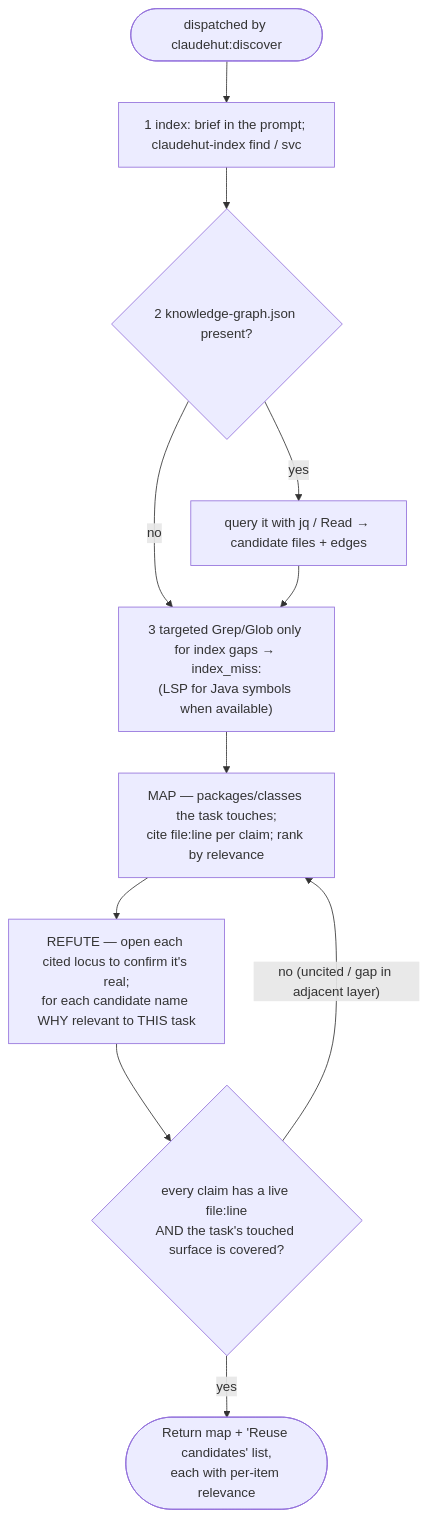
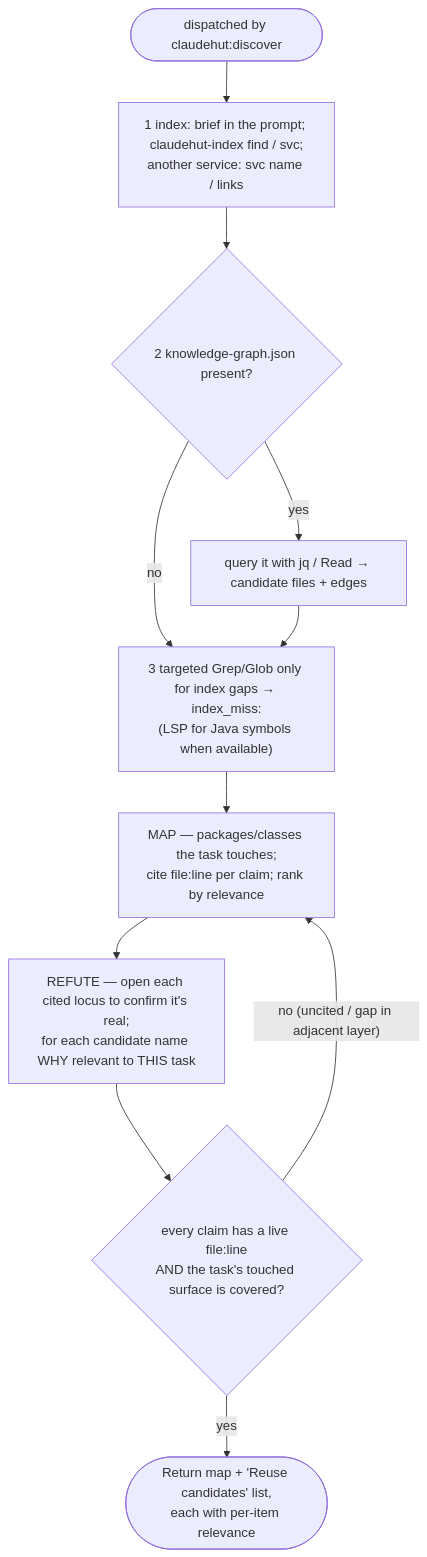
One commit to taipt1504/claudehut changed the diagram in agents/claudehut-explorer.md. Above: the diagram before and after it, drawn with Mermaid. The commit also changed other lines of this file and 50 other files, not shown here.

````diff
--- a/agents/claudehut-explorer.md
+++ b/agents/claudehut-explorer.md
@@ -16,13 +16,13 @@
 ```mermaid
 flowchart TB
-    a([dispatched by claudehut:discover]) --> idx["1 index: brief in the prompt; claudehut-index find / svc"]
+    a([dispatched by claudehut:discover]) --> idx["1 index: brief in the prompt; claudehut-index find / svc;<br/>another service: svc name / links"]
     idx --> kg{"2 knowledge-graph.json present?"}
     kg -- "yes" --> q["query it with jq / Read → candidate files + edges"]
     kg -- "no" --> g
     q --> g["3 targeted Grep/Glob only for index gaps → index_miss:<br/>(LSP for Java symbols when available)"]
     g --> map["MAP — packages/classes the task touches;<br/>cite file:line per claim; rank by relevance"]
     map --> crit["REFUTE — open each cited locus to confirm it's real;<br/>for each candidate name WHY relevant to THIS task"]
     crit --> conv{"every claim has a live file:line<br/>AND the task's touched surface is covered?"}
     conv -- "no (uncited / gap in adjacent layer)" --> map
     conv -- "yes" --> out([Return map + 'Reuse candidates' list,<br/>each with per-item relevance])
 ```
````
